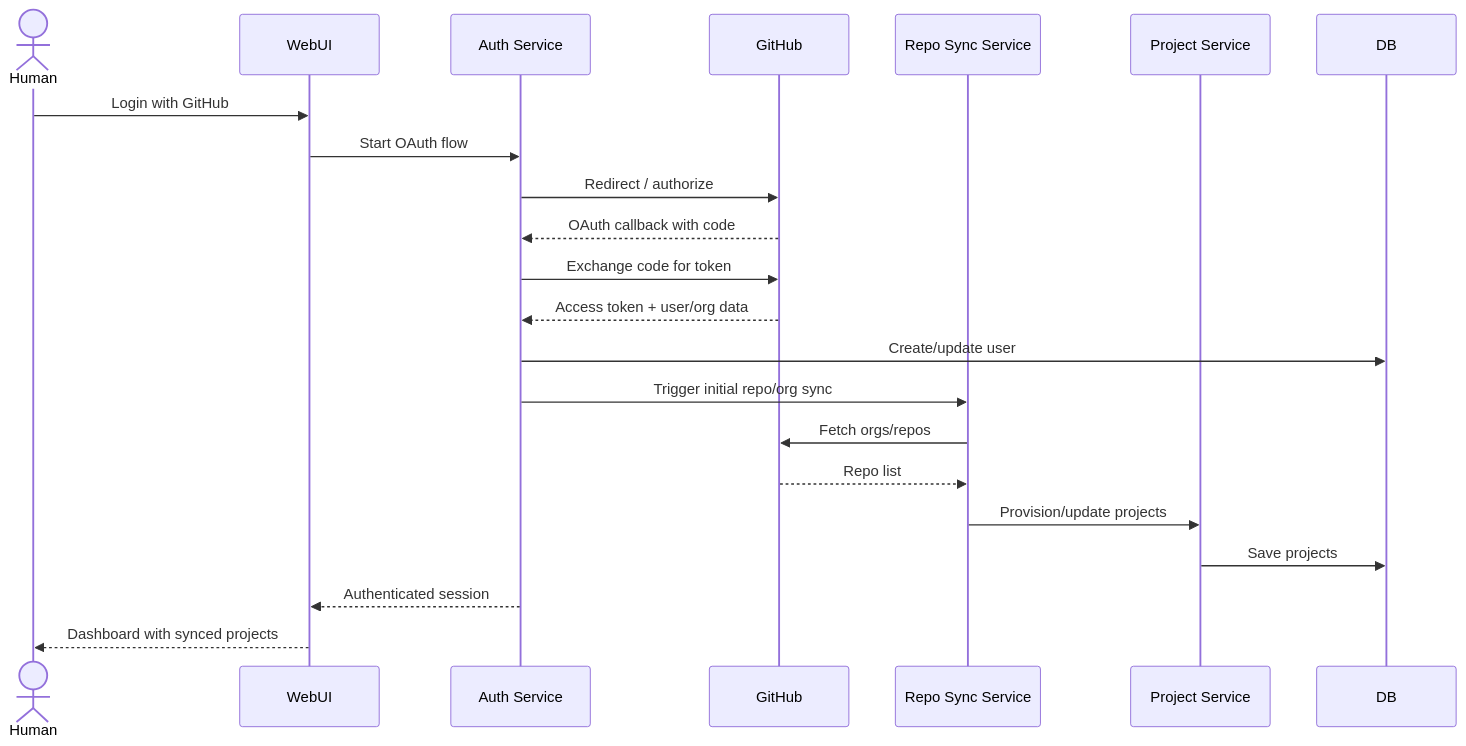
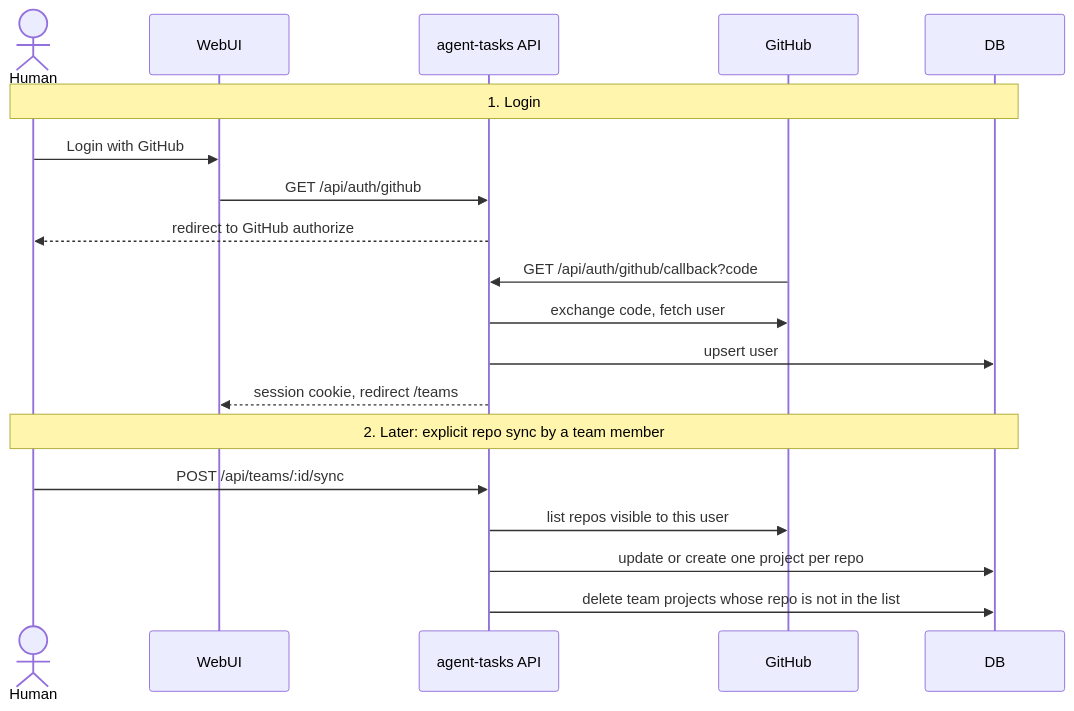
The diagram in docs/diagrams/sequence-github-oauth-sync.mmd (LanNguyenSi/agent-tasks), drawn with Mermaid before and after one commit. The commit also changed 19 other files, not shown here.

First line of the commit message:
docs: correct core docs and diagrams against current code

```diff
--- a/docs/diagrams/sequence-github-oauth-sync.mmd
+++ b/docs/diagrams/sequence-github-oauth-sync.mmd
@@ -1,23 +1,21 @@
 sequenceDiagram
     actor Human
     participant WebUI
-    participant Auth as Auth Service
+    participant API as agent-tasks API
     participant GitHub
-    participant Sync as Repo Sync Service
-    participant Project as Project Service
     participant DB
 
+    Note over Human,DB: 1. Login
     Human->>WebUI: Login with GitHub
-    WebUI->>Auth: Start OAuth flow
-    Auth->>GitHub: Redirect / authorize
-    GitHub-->>Auth: OAuth callback with code
-    Auth->>GitHub: Exchange code for token
-    GitHub-->>Auth: Access token + user/org data
-    Auth->>DB: Create/update user
-    Auth->>Sync: Trigger initial repo/org sync
-    Sync->>GitHub: Fetch orgs/repos
-    GitHub-->>Sync: Repo list
-    Sync->>Project: Provision/update projects
-    Project->>DB: Save projects
-    Auth-->>WebUI: Authenticated session
-    WebUI-->>Human: Dashboard with synced projects
+    WebUI->>API: GET /api/auth/github
+    API-->>Human: redirect to GitHub authorize
+    GitHub->>API: GET /api/auth/github/callback?code
+    API->>GitHub: exchange code, fetch user
+    API->>DB: upsert user
+    API-->>WebUI: session cookie, redirect /teams
+
+    Note over Human,DB: 2. Later: explicit repo sync by a team member
+    Human->>API: POST /api/teams/:id/sync
+    API->>GitHub: list repos visible to this user
+    API->>DB: update or create one project per repo
+    API->>DB: delete team projects whose repo is not in the list
```
